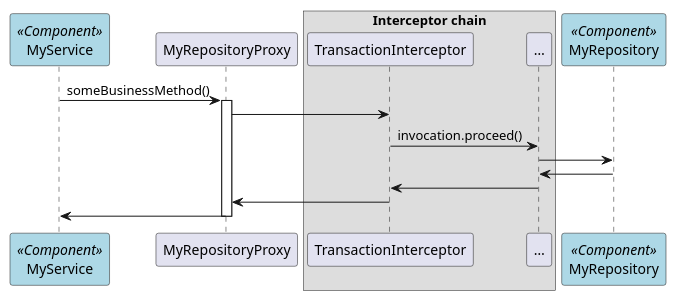
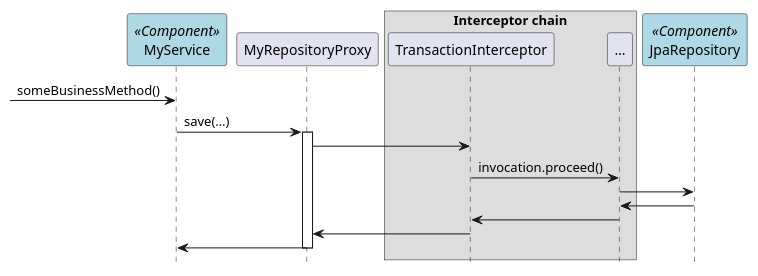
The third of 6 diagrams in spring/index.adoc (odrotbohm/lectures), drawn with PlantUML before and after one commit. The commit also changed other lines of this file and 1 other file, not shown here.

Commit message:
#43 - Improved code and generated diagrams in Spring lecture.

```diff
--- a/spring/index.adoc
+++ b/spring/index.adoc
@@ -190,22 +235,26 @@
-[plantuml]
+[plantuml, proxy-interaction]
 ----
+hide footbox
+
 participant MyService <<Component>> #lightblue
+participant MyRepositoryProxy
 
-MyService -> MyRepositoryProxy : someBusinessMethod()
+[-> MyService: someBusinessMethod()
+MyService -> MyRepositoryProxy : save(…)
 activate MyRepositoryProxy
 
 box "Interceptor chain"
   participant TransactionInterceptor
   participant "…"
 end box
 
 MyRepositoryProxy -> TransactionInterceptor
 TransactionInterceptor -> "…" : invocation.proceed()
-participant MyRepository <<Component>> #lightblue
-"…" -> MyRepository
-"…" <- MyRepository
+participant JpaRepository <<Component>> #lightblue
+"…" -> JpaRepository
+"…" <- JpaRepository
 TransactionInterceptor <- "…"
 MyRepositoryProxy <- TransactionInterceptor
 MyService <- MyRepositoryProxy
 deactivate MyRepositoryProxy
 ----
```
